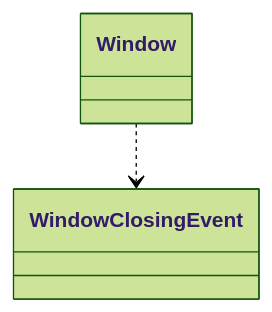
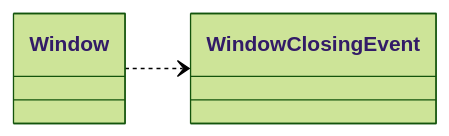
The first of 6 diagrams in 计算机科学/面向对象设计与Java编程/2 UML 类图及其设计/2-1 UML 类图.md (InfiniteAstral/notes), drawn with Mermaid (forest theme) before and after one commit. The commit also changed other lines of this file, not shown here.

Commit message:
docs: update 计算机科学/2 UML 类图及其设计/2-1 UML 类图.md

````diff
--- a/计算机科学/面向对象设计与Java编程/2 UML 类图及其设计/2-1 UML 类图.md
+++ b/计算机科学/面向对象设计与Java编程/2 UML 类图及其设计/2-1 UML 类图.md
@@ -30,4 +30,5 @@
 ```mermaid
 classDiagram
+direction LR
 Window ..> WindowClosingEvent
 ```
````
